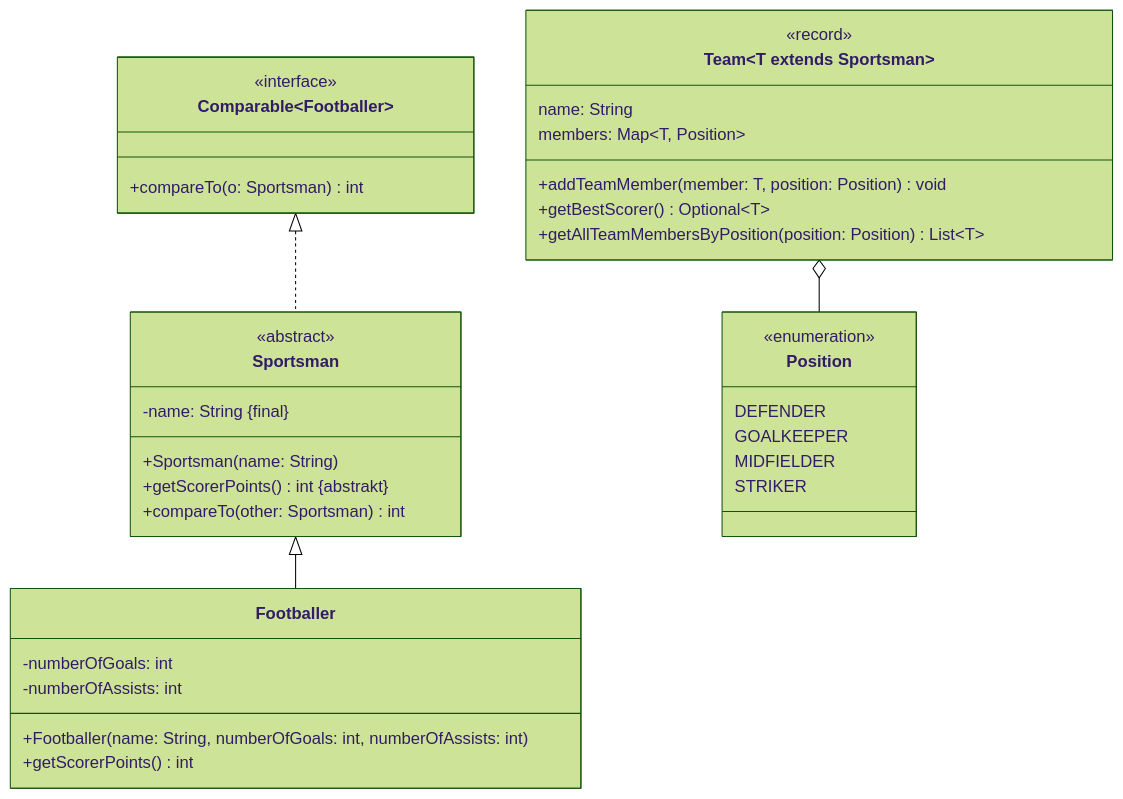
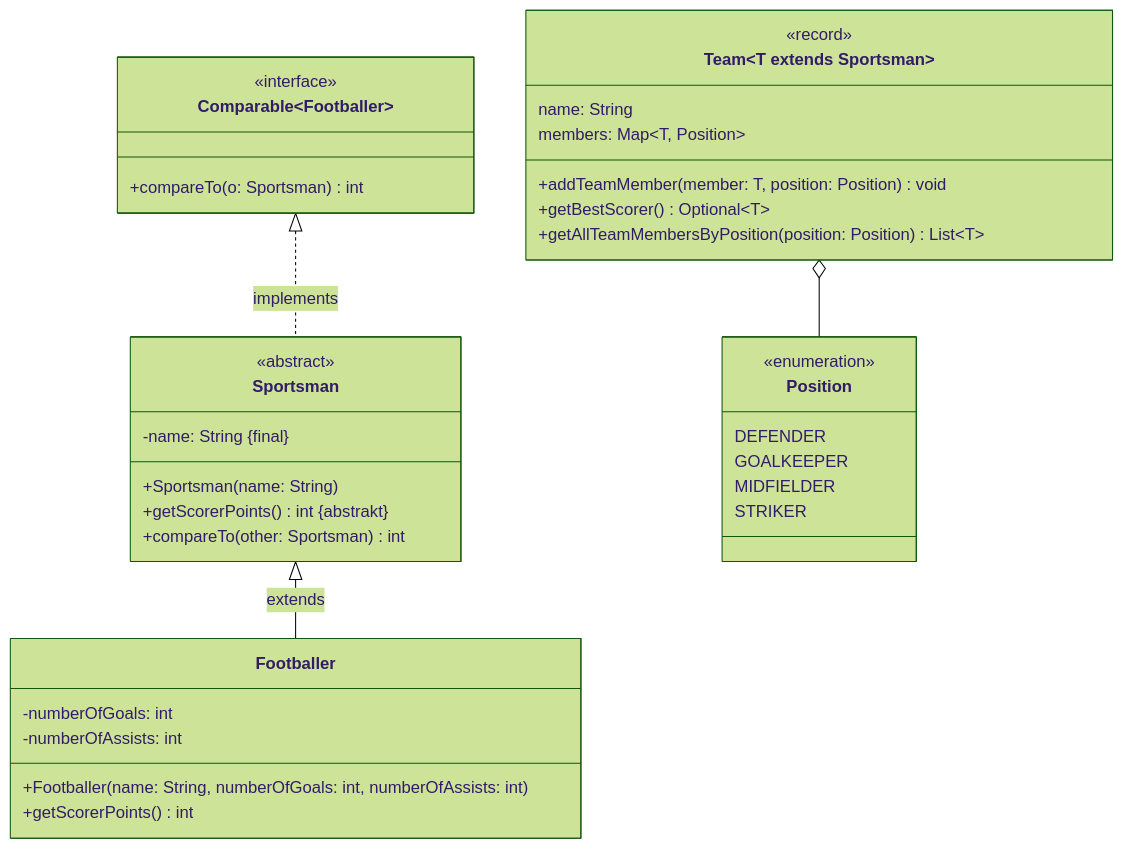
The diagram in docs/exam-exercises/exam-exercises-java2/team.md (jappuccini/java-docs), drawn with Mermaid (forest theme) before and after one commit. The commit also changed 36 other files, not shown here.

````diff
--- a/docs/exam-exercises/exam-exercises-java2/team.md
+++ b/docs/exam-exercises/exam-exercises-java2/team.md
@@ -23,43 +23,43 @@
 ```mermaid
 classDiagram
-    Sportsman <|-- Footballer
+    Sportsman <|-- Footballer : extends
     Team~T extends Sportsman~ o-- Position
-    Comparable~Footballer~ <|.. Sportsman
+    Comparable~Footballer~ <|.. Sportsman : implements
 
     class Footballer {
         -numberOfGoals: int
         -numberOfAssists: int
         +Footballer(name: String, numberOfGoals: int, numberOfAssists: int)
         +getScorerPoints() int
     }
 
     class Position {
         <<enumeration>>
         DEFENDER
         GOALKEEPER
         MIDFIELDER
         STRIKER
     }
 
     class Sportsman {
         <<abstract>>
         -name: String &#123final&#125
         +Sportsman(name: String)
         +getScorerPoints() int &#123abstrakt&#125
         +compareTo(other: Sportsman) int
     }
 
     class Team~T extends Sportsman~ {
         <<record>>
         name: String
         members: Map~T, Position~
         +addTeamMember(member: T, position: Position) void
         +getBestScorer() Optional~T~
         +getAllTeamMembersByPosition(position: Position) List~T~
     }
 
     class Comparable~Sportsman~ {
         <<interface>>
         +compareTo(o: Sportsman) int
     }
 ```
````
